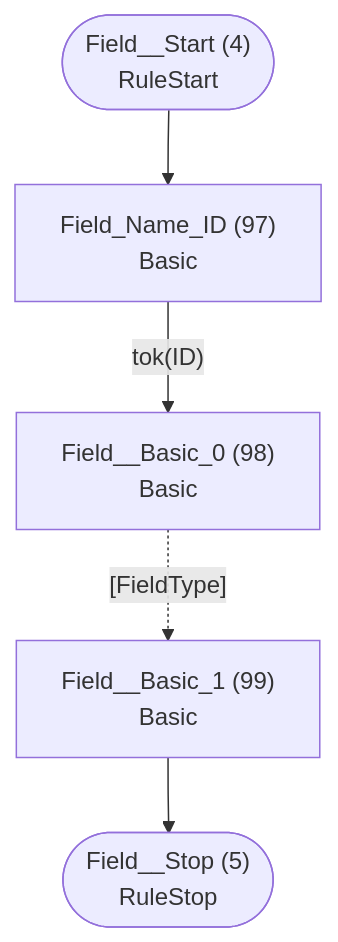
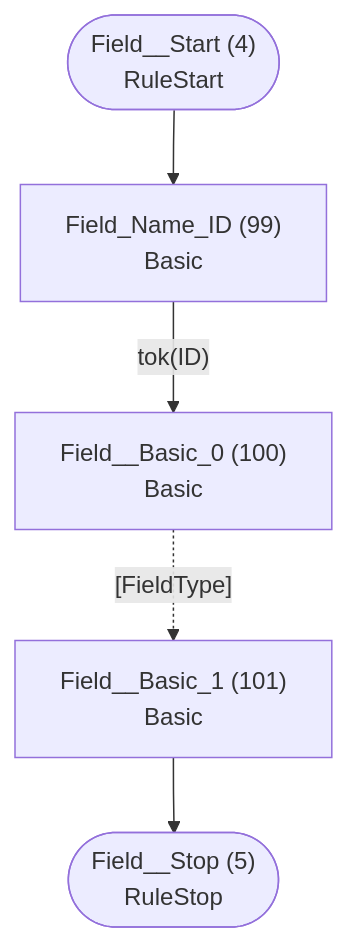
One commit to TypeFox/fastbelt changed the third of 29 diagrams in internal/grammar/atn.md. Above: the diagram before and after it, drawn with Mermaid. The commit also changed other lines of this file and 13 other files, not shown here.

````diff
--- a/internal/grammar/atn.md
+++ b/internal/grammar/atn.md
@@ -117,13 +117,13 @@
 ```mermaid
 flowchart TD
     q4(["Field__Start (4)<br/>RuleStart"])
     q5(["Field__Stop (5)<br/>RuleStop"])
-    q97["Field_Name_ID (97)<br/>Basic<br/>"]
-    q98["Field__Basic_0 (98)<br/>Basic<br/>"]
-    q99["Field__Basic_1 (99)<br/>Basic<br/>"]
+    q99["Field_Name_ID (99)<br/>Basic<br/>"]
+    q100["Field__Basic_0 (100)<br/>Basic<br/>"]
+    q101["Field__Basic_1 (101)<br/>Basic<br/>"]
 
-    q4 --> q97
-    q97 -->|"tok(ID)"| q98
-    q98 -.->|"[FieldType]"| q99
-    q99 --> q5
+    q4 --> q99
+    q99 -->|"tok(ID)"| q100
+    q100 -.->|"[FieldType]"| q101
+    q101 --> q5
 ```
````
